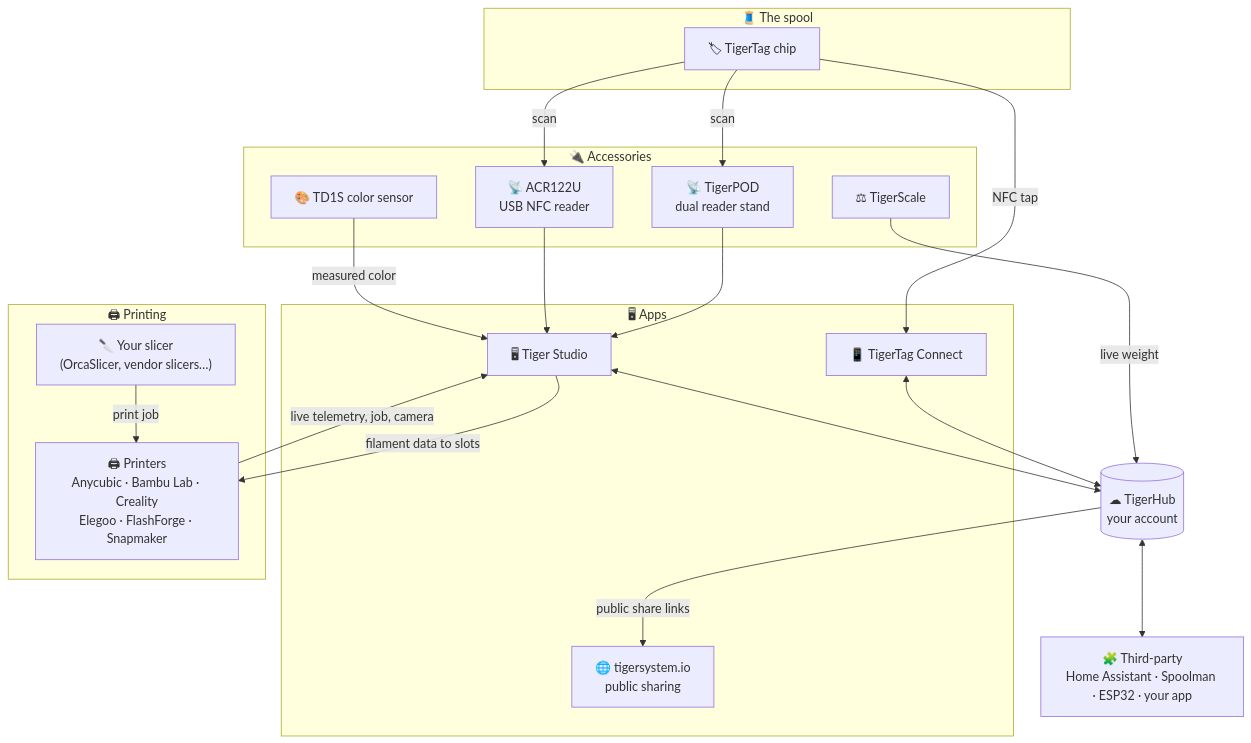
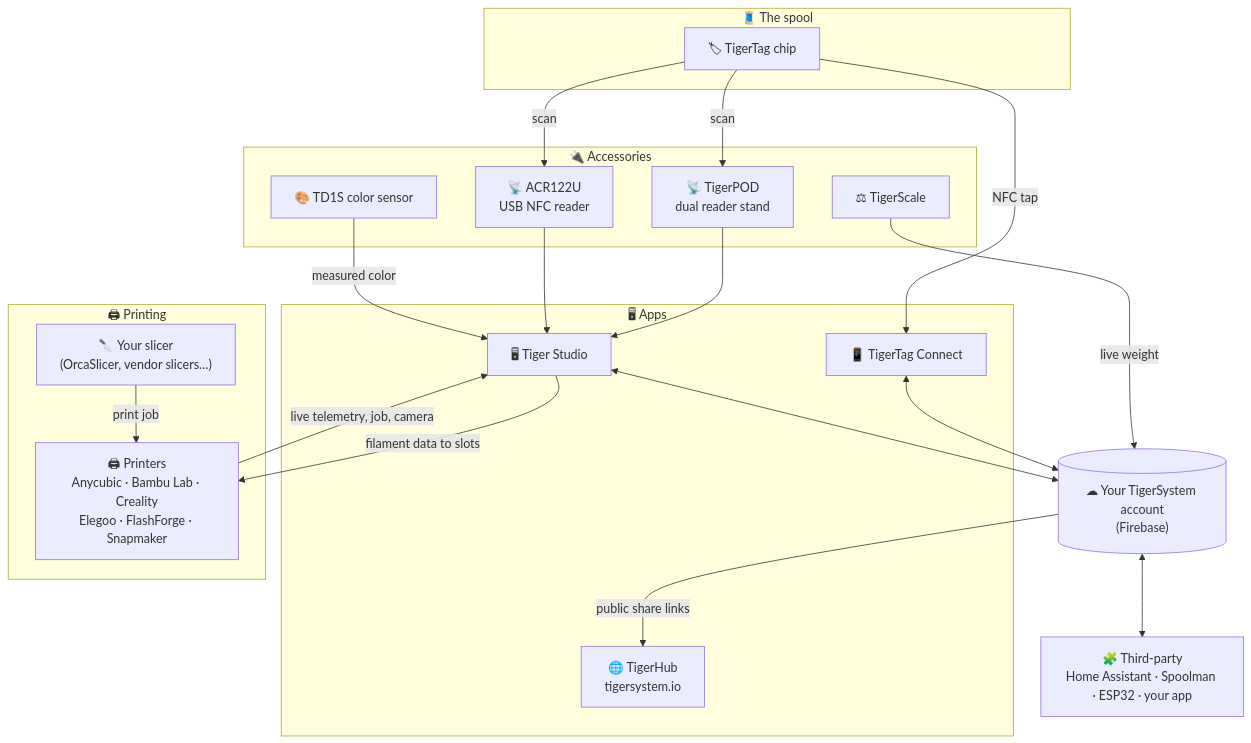
Before and after one commit to TigerTag-Project/TigerSystem-Docs: the second of 2 diagrams in docs/architecture/overview.md, drawn with Mermaid. The commit also changed other lines of this file and 22 other files, not shown here.

Commit message:
Correct the TigerHub definition: TigerHub is the tigersystem.io web platform (showcase + social sandbox); the backend is plain, unbranded Firebase

````diff
--- a/docs/architecture/overview.md
+++ b/docs/architecture/overview.md
@@ -40,36 +41,36 @@
 ```mermaid
 flowchart TB
     subgraph SP["🧵 The spool"]
         TAG["🏷 TigerTag chip"]
     end
     subgraph ACC["🔌 Accessories"]
         POD["📡 TigerPOD<br/>dual reader stand"]
         ACR["📡 ACR122U<br/>USB NFC reader"]
         SCALE["⚖ TigerScale"]
         TD1S["🎨 TD1S color sensor"]
     end
     subgraph APPS["🖥 Apps"]
         CO["📱 TigerTag Connect"]
         ST["🖥 Tiger Studio"]
-        WEB["🌐 tigersystem.io<br/>public sharing"]
+        WEB["🌐 TigerHub<br/>tigersystem.io"]
     end
-    CLOUD[("☁ TigerHub<br/>your account")]
+    CLOUD[("☁ Your TigerSystem account<br/>(Firebase)")]
     subgraph PRT["🖨 Printing"]
         SLICER["🔪 Your slicer<br/>(OrcaSlicer, vendor slicers…)"]
         PRN["🖨 Printers<br/>Anycubic · Bambu Lab · Creality<br/>Elegoo · FlashForge · Snapmaker"]
     end
     THIRD["🧩 Third-party<br/>Home Assistant · Spoolman · ESP32 · your app"]
 
     TAG -- "NFC tap" --> CO
     TAG -- "scan" --> POD --> ST
     TAG -- "scan" --> ACR --> ST
     TD1S -- "measured color" --> ST
     SCALE -- "live weight" --> CLOUD
     CO <--> CLOUD
     ST <--> CLOUD
     CLOUD -- "public share links" --> WEB
     CLOUD <--> THIRD
     ST -- "filament data to slots" --> PRN
     PRN -- "live telemetry, job, camera" --> ST
     SLICER -- "print job" --> PRN
 ```
````
